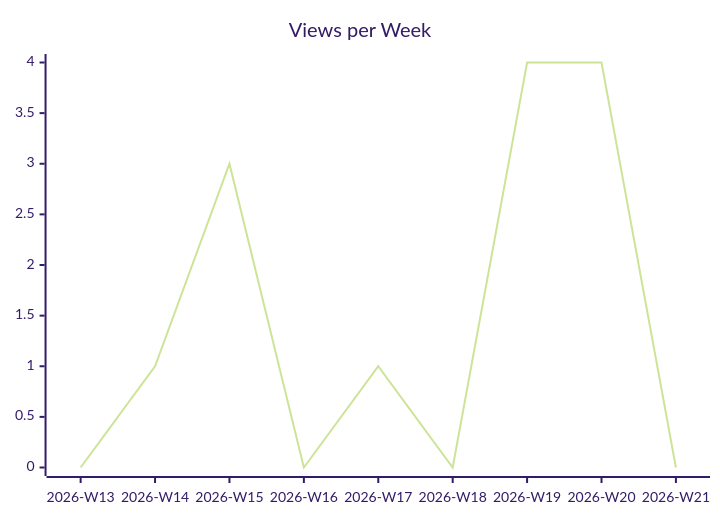
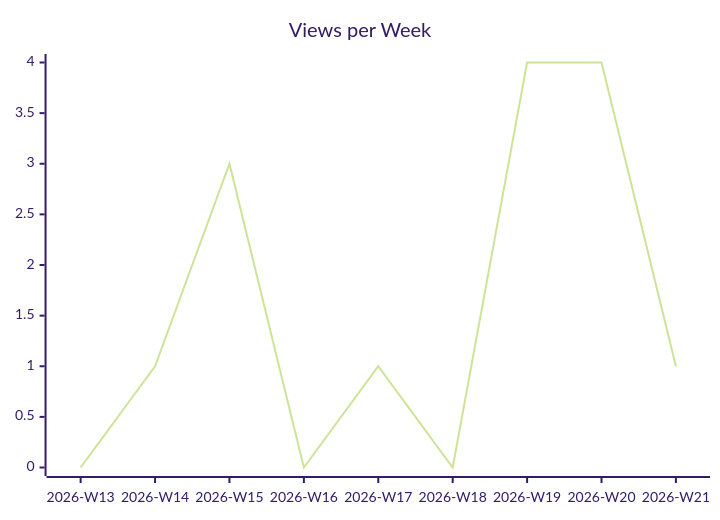
Before and after one commit to justdavis-family/github-analytics-data: the second of 3 diagrams in justdavis-family/justdavis/README.md, drawn with Mermaid (forest theme). The commit also changed other lines of this file and 189 other files, not shown here.

````diff
--- a/justdavis-family/justdavis/README.md
+++ b/justdavis-family/justdavis/README.md
@@ -12,6 +12,6 @@
 ```mermaid
 xychart-beta
   title "Views per Week"
   x-axis ["2026-W13", "2026-W14", "2026-W15", "2026-W16", "2026-W17", "2026-W18", "2026-W19", "2026-W20", "2026-W21"]
-  line [0, 1, 3, 0, 1, 0, 4, 4, 0]
+  line [0, 1, 3, 0, 1, 0, 4, 4, 1]
 ```
````
